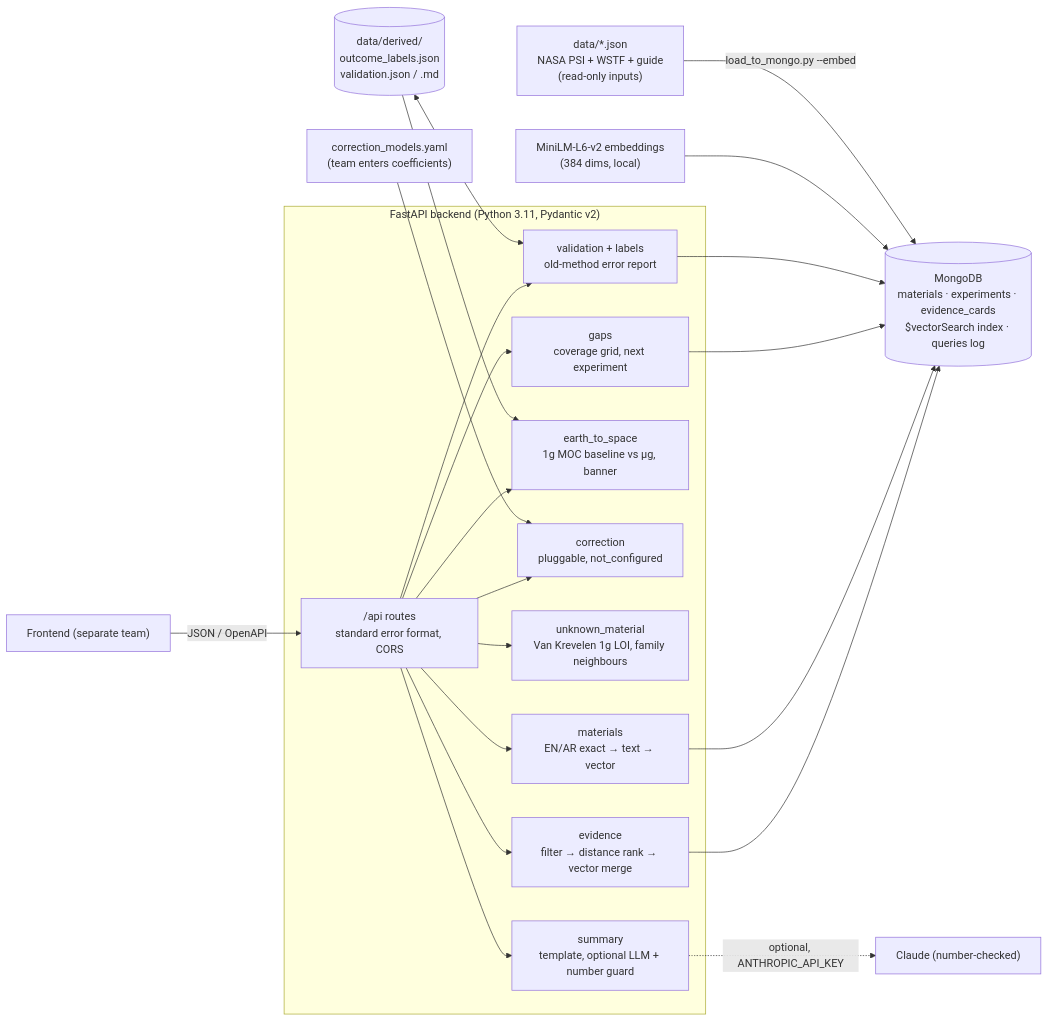
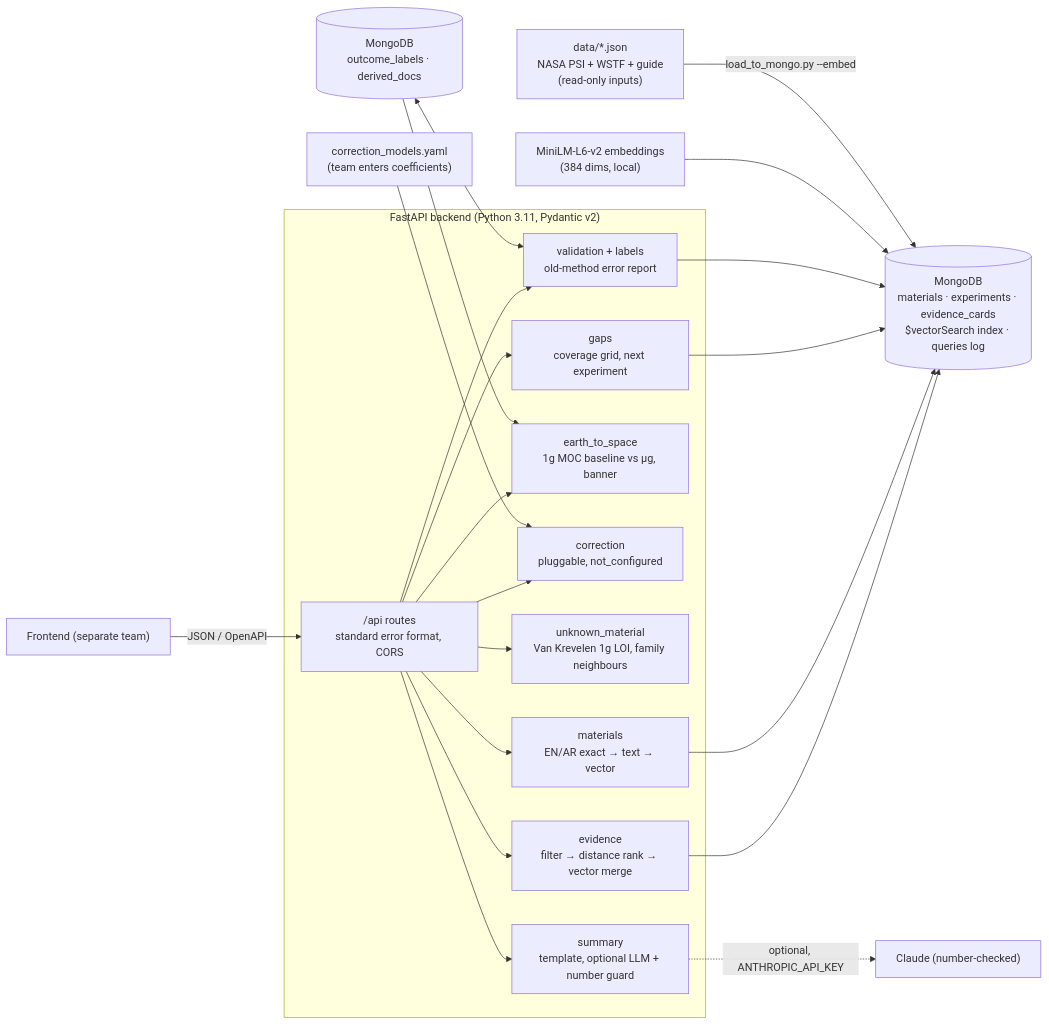
The diagram in README.md (AwwadMumin/FlameAtlas), drawn with Mermaid before and after one commit. The commit also changed other lines of this file and 13 other files, not shown here.

Commit message:
Move human labels and validation result into MongoDB (survive restarts and cloud deploys)

````diff
--- a/README.md
+++ b/README.md
@@ -41,25 +41,25 @@
 ```mermaid
 flowchart LR
     FE["Frontend (separate team)"] -->|JSON / OpenAPI| API
     subgraph Backend["FastAPI backend (Python 3.11, Pydantic v2)"]
         API["/api routes<br/>standard error format, CORS"]
         API --> MAT["materials<br/>EN/AR exact → text → vector"]
         API --> EVI["evidence<br/>filter → distance rank → vector merge"]
         API --> E2S["earth_to_space<br/>1g MOC baseline vs µg, banner"]
         API --> COR["correction<br/>pluggable, not_configured"]
         API --> UNK["unknown_material<br/>Van Krevelen 1g LOI, family neighbours"]
         API --> GAP["gaps<br/>coverage grid, next experiment"]
         API --> VAL["validation + labels<br/>old-method error report"]
         API --> SUM["summary<br/>template, optional LLM + number guard"]
     end
     EVI --> DB[("MongoDB<br/>materials · experiments · evidence_cards<br/>$vectorSearch index · queries log")]
     MAT --> DB
     GAP --> DB
     VAL --> DB
     EMB["MiniLM-L6-v2 embeddings<br/>(384 dims, local)"] --> DB
-    LAB[("data/derived/<br/>outcome_labels.json<br/>validation.json / .md")] <--> VAL
+    LAB[("MongoDB<br/>outcome_labels · derived_docs")] <--> VAL
     LAB --> E2S
     YAML["correction_models.yaml<br/>(team enters coefficients)"] --> COR
     SUM -. "optional, ANTHROPIC_API_KEY" .-> LLM["Claude (number-checked)"]
     DATA["data/*.json<br/>NASA PSI + WSTF + guide<br/>(read-only inputs)"] -->|load_to_mongo.py --embed| DB
 ```
````
